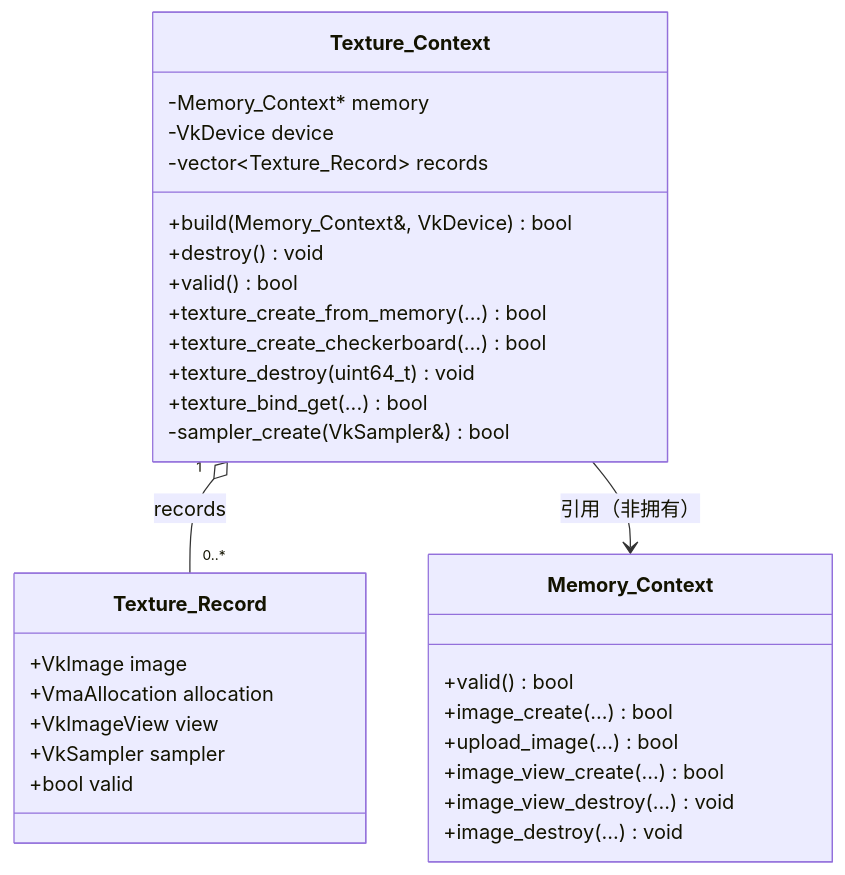
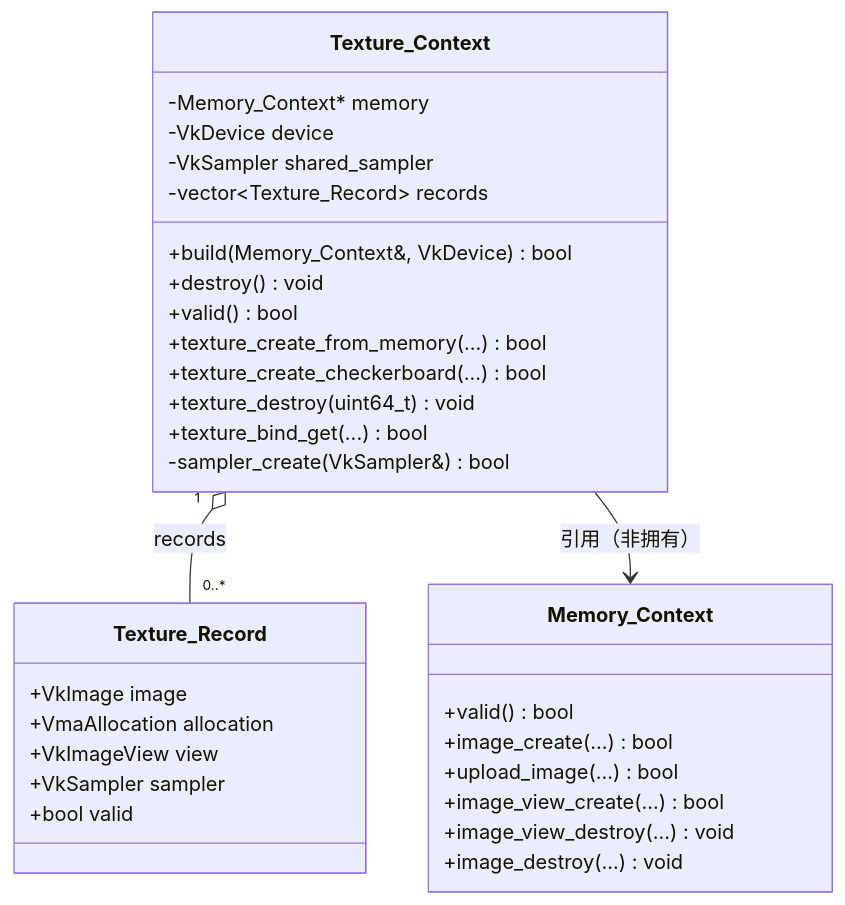
The diagram in 项目导航合集/main/引擎与渲染层全量导航_f4fbe3e+56b0d64+f60f971+97f0b00/模块架构/渲染层-纹理.md (yuxingyuzhong/SilverEra), drawn with Mermaid before and after one commit. The commit also changed other lines of this file and 31 other files, not shown here.

````diff
--- a/项目导航合集/main/引擎与渲染层全量导航_f4fbe3e+56b0d64+f60f971+97f0b00/模块架构/渲染层-纹理.md
+++ b/项目导航合集/main/引擎与渲染层全量导航_f4fbe3e+56b0d64+f60f971+97f0b00/模块架构/渲染层-纹理.md
@@ -387,33 +392,34 @@
 ```mermaid
 classDiagram
     class Texture_Context {
         -Memory_Context* memory
         -VkDevice device
+        -VkSampler shared_sampler
         -vector~Texture_Record~ records
         +build(Memory_Context&, VkDevice) bool
         +destroy() void
         +valid() bool
         +texture_create_from_memory(...) bool
         +texture_create_checkerboard(...) bool
         +texture_destroy(uint64_t) void
         +texture_bind_get(...) bool
         -sampler_create(VkSampler&) bool
     }
     class Texture_Record {
         +VkImage image
         +VmaAllocation allocation
         +VkImageView view
         +VkSampler sampler
         +bool valid
     }
     class Memory_Context {
         +valid() bool
         +image_create(...) bool
         +upload_image(...) bool
         +image_view_create(...) bool
         +image_view_destroy(...) void
         +image_destroy(...) void
     }
     Texture_Context "1" o-- "0..*" Texture_Record : records
     Texture_Context --> Memory_Context : 引用（非拥有）
 ```
````
